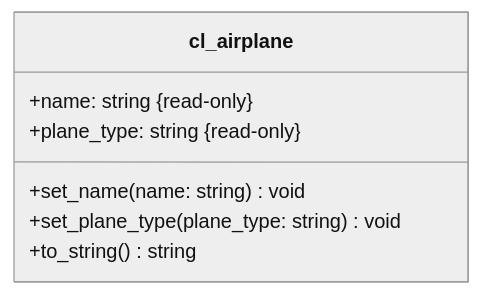
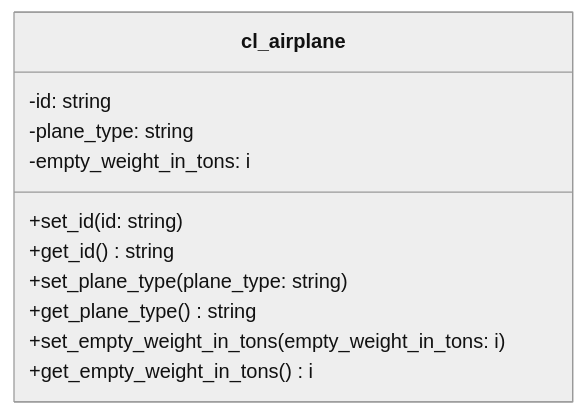
One commit to appenmaier/s4hana changed the diagram in docs/exercises/abap-objects/abap-objects-01.md. Above: the diagram before and after it, drawn with Mermaid (neutral theme). The commit also changed other lines of this file and 15 other files, not shown here.

````diff
--- a/docs/exercises/abap-objects/abap-objects-01.md
+++ b/docs/exercises/abap-objects/abap-objects-01.md
@@ -10,10 +10,14 @@
 ```mermaid
 classDiagram
-    class cl_airplane {
-      +name: string &#123read-only&#125
-      +plane_type: string &#123read-only&#125
-      +set_name(name: string) void
-      +set_plane_type(plane_type: string) void
-      +to_string() string
-    }
+   class cl_airplane {
+      -id: string
+      -plane_type: string
+      -empty_weight_in_tons: i
+      +set_id(id: string)
+      +get_id() string
+      +set_plane_type(plane_type: string)
+      +get_plane_type() string
+      +set_empty_weight_in_tons(empty_weight_in_tons: i)
+      +get_empty_weight_in_tons() i
+   }
 ```
````
